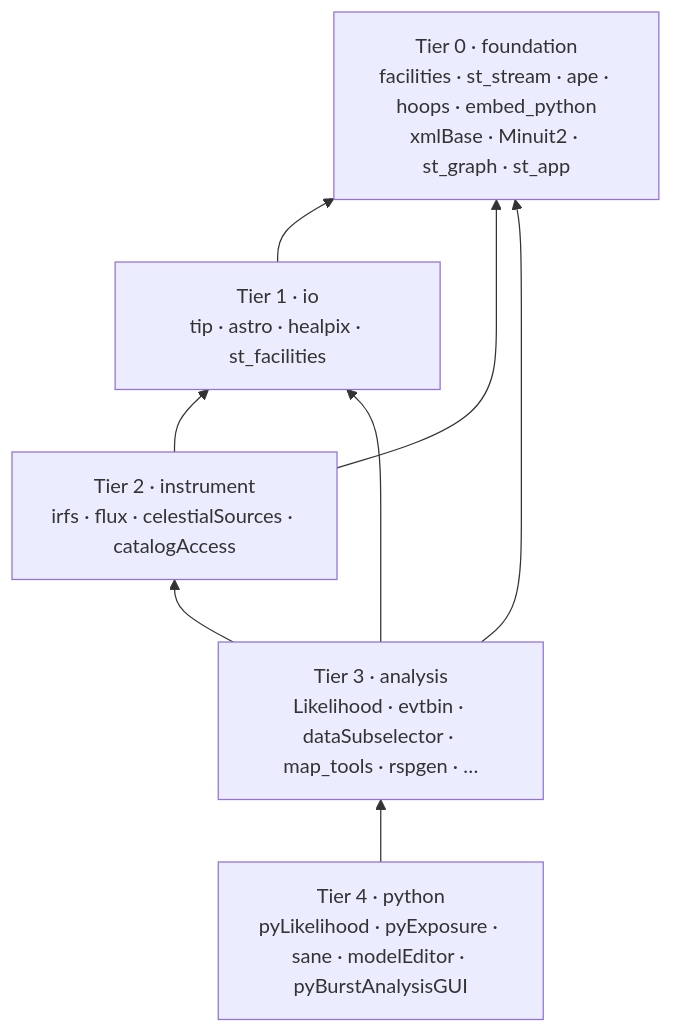
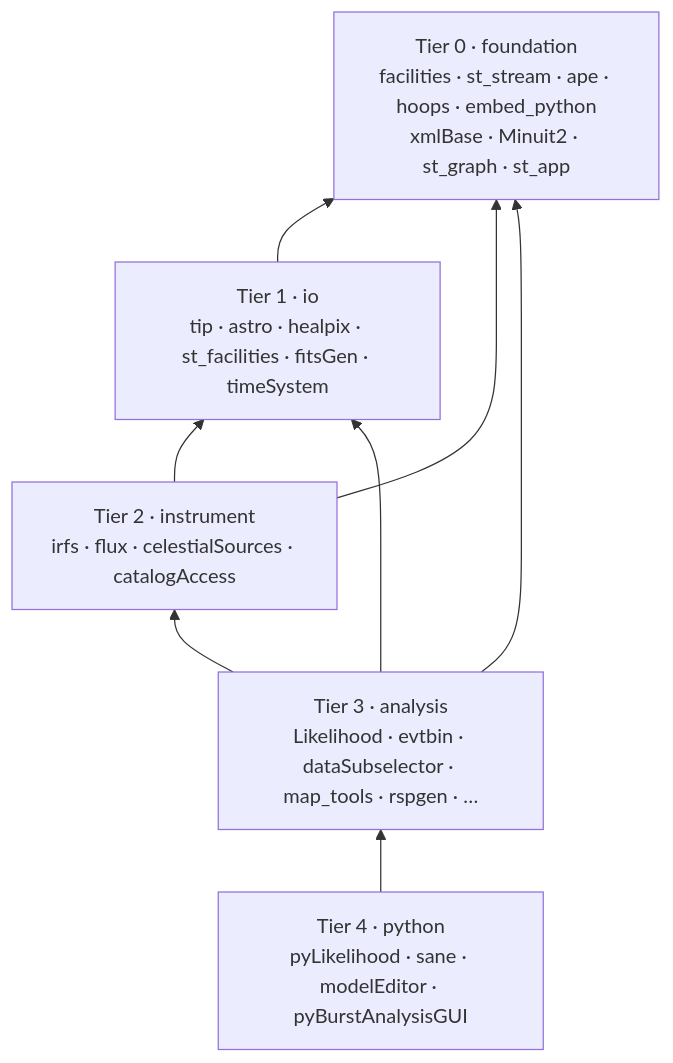
The first of 2 diagrams in docs/architecture/dependency-layers.md (fermi-lat/ScienceTools), drawn with Mermaid before and after one commit. The commit also changed other lines of this file and 2 other files, not shown here.

First line of the commit message:
Complete system architecture docs for all packages

````diff
--- a/docs/architecture/dependency-layers.md
+++ b/docs/architecture/dependency-layers.md
@@ -41,15 +49,15 @@
 ```mermaid
 flowchart BT
   T0["Tier 0 · foundation<br/>facilities · st_stream · ape · hoops · embed_python<br/>xmlBase · Minuit2 · st_graph · st_app"]
-  T1["Tier 1 · io<br/>tip · astro · healpix · st_facilities"]
+  T1["Tier 1 · io<br/>tip · astro · healpix · st_facilities · fitsGen · timeSystem"]
   T2["Tier 2 · instrument<br/>irfs · flux · celestialSources · catalogAccess"]
   T3["Tier 3 · analysis<br/>Likelihood · evtbin · dataSubselector · map_tools · rspgen · …"]
-  T4["Tier 4 · python<br/>pyLikelihood · pyExposure · sane · modelEditor · pyBurstAnalysisGUI"]
+  T4["Tier 4 · python<br/>pyLikelihood · sane · modelEditor · pyBurstAnalysisGUI"]
   T1 --> T0
   T2 --> T1
   T2 --> T0
   T3 --> T2
   T3 --> T1
   T3 --> T0
   T4 --> T3
 ```
````
